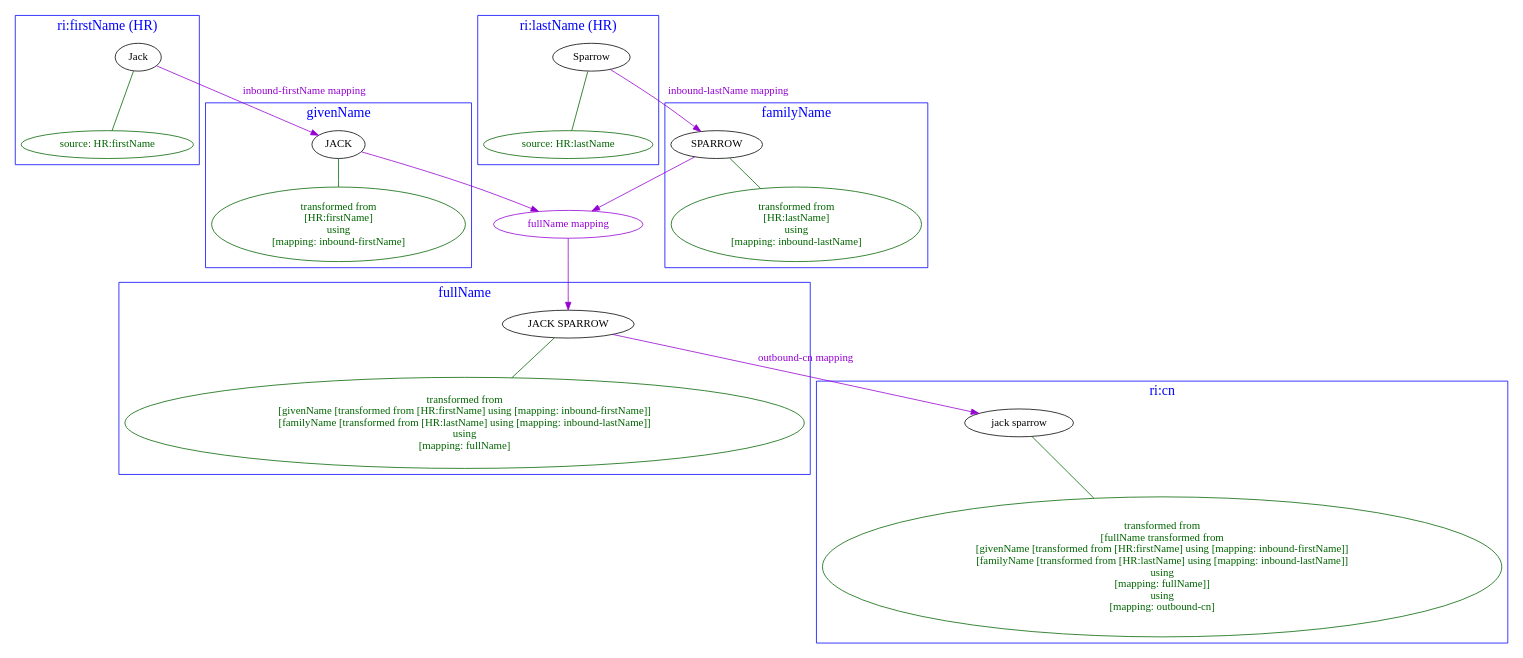
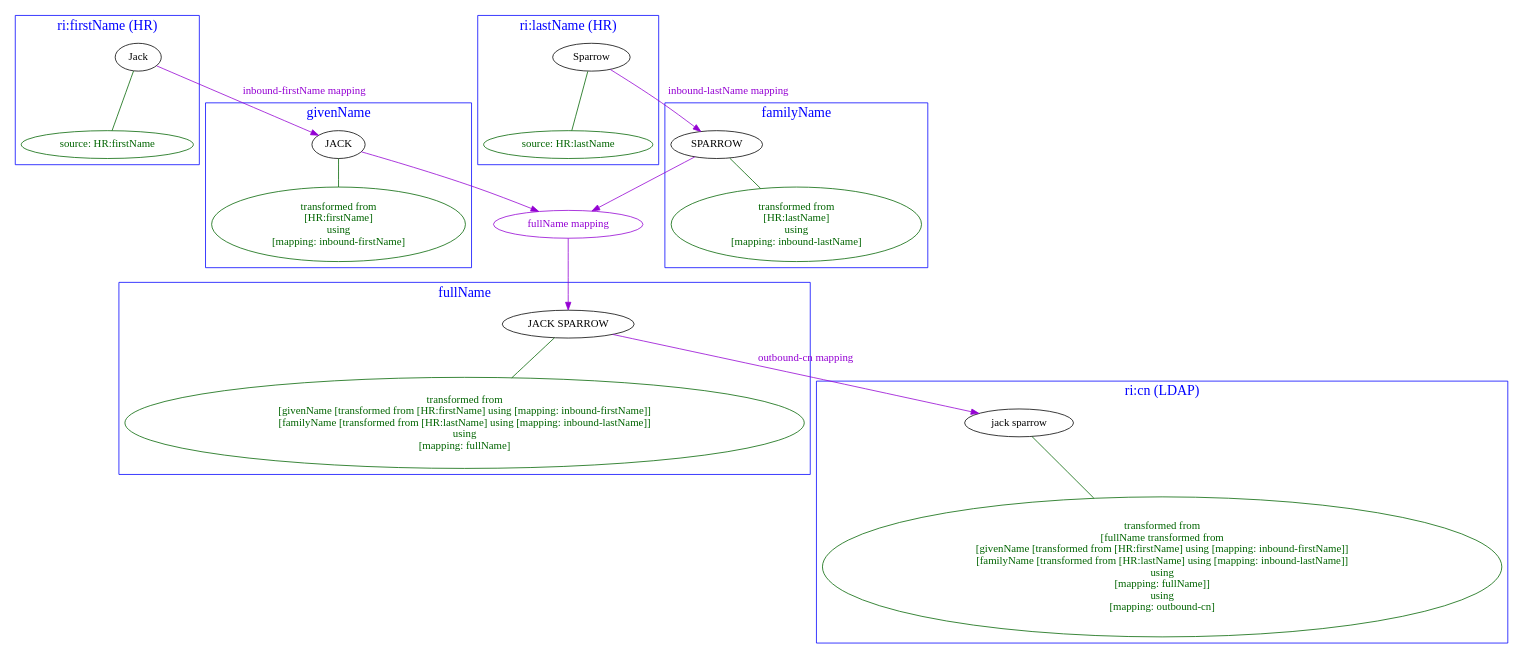
One commit to Evolveum/docs changed the diagram in midpoint/midprivacy/phases/01-data-provenance-prototype/processing/model/metadata/expressions/example-origin-tracing.dot. Above: the diagram before and after it, drawn with Graphviz. The commit also changed 2 other files, not shown here.

```diff
--- a/midpoint/midprivacy/phases/01-data-provenance-prototype/processing/model/metadata/expressions/example-origin-tracing.dot
+++ b/midpoint/midprivacy/phases/01-data-provenance-prototype/processing/model/metadata/expressions/example-origin-tracing.dot
@@ -1,106 +1,106 @@
 digraph G {
     compound=true;
     rankdir=TB;
 
     subgraph cluster_firstName {
       label="ri:firstName (HR)";
       fontsize=18;
       fontcolor=blue;
       color=blue;
 
       xa1 [label="Jack"];
       xa1Source [label="source: HR:firstName", color=darkgreen, fontcolor=darkgreen];
       xa1->xa1Source [color=darkgreen, dir=none];
     }
 
     subgraph cluster_givenName {
       label="givenName";
       fontsize=18;
       fontcolor=blue;
       color=blue;
 
       a1 [label="JACK"];
       a1Source [label=
 "transformed from
 [HR:firstName]
 using
 [mapping: inbound-firstName]", color=darkgreen, fontcolor=darkgreen];
       a1->a1Source [color=darkgreen, dir=none];
 
         xa1->a1 [label="inbound-firstName mapping", color=darkviolet, fontcolor=darkviolet];
     }
 
     subgraph cluster_lastName {
         label="ri:lastName (HR)";
         fontsize=18;
         fontcolor=blue;
         color=blue;
 
         xb1 [label="Sparrow"];
         xb1Source [label="source: HR:lastName", color=darkgreen, fontcolor=darkgreen];
         xb1->xb1Source [color=darkgreen, dir=none];
     }
 
     subgraph cluster_familyName {
         label="familyName";
         fontsize=18;
         fontcolor=blue;
         color=blue;
 
         b1 [label="SPARROW"];
         b1Source [label=
 "transformed from
 [HR:lastName]
 using
 [mapping: inbound-lastName]", color=darkgreen, fontcolor=darkgreen];
         b1->b1Source [color=darkgreen, dir=none];
 
         xb1->b1 [label="inbound-lastName mapping", color=darkviolet, fontcolor=darkviolet];
     }
 
     a1 -> m [color=darkviolet];
     b1 -> m [color=darkviolet];
     m [label="fullName mapping" color=darkviolet, fontcolor=darkviolet];
     m -> e1 [color=darkviolet];
 
     subgraph cluster_fullName {
       label="fullName"
       fontsize=18;
       fontcolor=blue;
       color=blue;
 
       e1 [label="JACK SPARROW"];
       e1Source [label=
 "transformed from
 [givenName [transformed from [HR:firstName] using [mapping: inbound-firstName]]
 [familyName [transformed from [HR:lastName] using [mapping: inbound-lastName]]
 using
 [mapping: fullName]", color=darkgreen, fontcolor=darkgreen];
       e1->e1Source [color=darkgreen, dir=none];
     }
     
     subgraph cluster_cn {
-      label="ri:cn"
+      label="ri:cn (LDAP)"
       fontsize=18;
       fontcolor=blue;
       color=blue;
 
       f1 [label="jack sparrow"];
       f1Source [label=
 "transformed from
 [fullName transformed from
 [givenName [transformed from [HR:firstName] using [mapping: inbound-firstName]]
 [familyName [transformed from [HR:lastName] using [mapping: inbound-lastName]]
 using
 [mapping: fullName]]
 using
 [mapping: outbound-cn]", color=darkgreen, fontcolor=darkgreen];
       f1->f1Source [color=darkgreen, dir=none];
 
       e1 -> f1 [label="outbound-cn mapping", color=darkviolet, fontcolor=darkviolet];
     }
 
 //    a1 -> o1 [style=dashed];
 //    a1Loa -> o1Loa [color=darkgreen, style=dotted];
 //    a1Source -> o1Source [color=darkgreen, style=dotted];
 }
```
